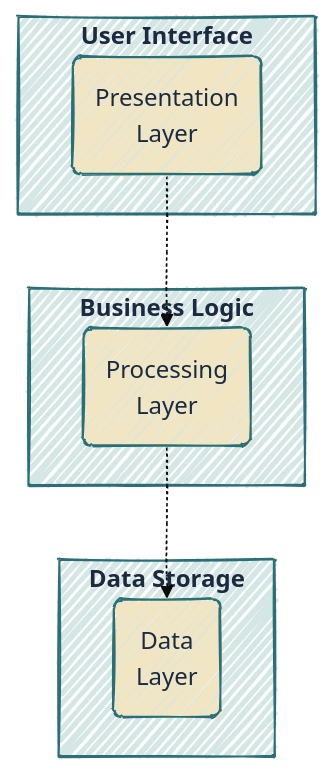
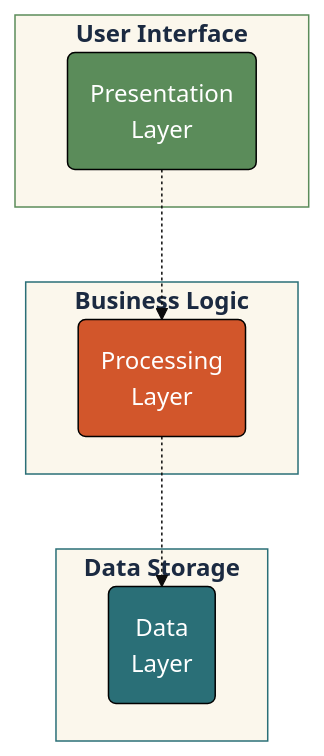
Before and after one commit to mjfrigaard/do4ds-labs: the first of 5 diagrams in lab02.qmd, drawn with Mermaid. The commit also changed other lines of this file and 48 other files, not shown here.

````diff
--- a/lab02.qmd
+++ b/lab02.qmd
@@ -57,26 +57,28 @@
 ```{mermaid}
-%%| fig-align: center
-%%{init: {'theme': 'base', 'look': 'handDrawn', 'themeVariables': {'fontFamily': 'monospace'}}}%%
+%%| fig-align: 'center'
+%%{init: {'theme': 'base', 'themeVariables': {'fontFamily': 'monospace'}}}%%
 flowchart TD
     Present("Presentation<br>Layer") -.-> Process("Processing<br>Layer")
     Process -.-> Data("Data<br>Layer")
     
     subgraph UI["<strong>User Interface</strong>"]
         Present
     end
     
     subgraph BL["<strong>Business Logic</strong>"]
         Process
     end
     
     subgraph DS["<strong>Data Storage</strong>"]
         Data
     end
     
     %% #b5c0c5 is a tint of #6b818c
-    classDef default fill:#F2E6C2,stroke:#2A6F77,color:#1B2A41
-    style UI fill:#d4e7e4,stroke:#2A6F77,color:#1B2A41
-    style BL fill:#d4e7e4,stroke:#2A6F77,color:#1B2A41
-    style DS fill:#d4e7e4,stroke:#2A6F77,color:#1B2A41
+    style Present fill:#5B8C5A,stroke:#000000,stroke-width:1px,color:#ffffff
+    style Process fill:#D2562B,stroke:#000000,stroke-width:1px,color:#ffffff
+    style Data fill:#2A6F77,stroke:#000000,stroke-width:1px,color:#ffffff
+    style UI fill:#fbf7ec,stroke:#5B8C5A,color:#1B2A41
+    style BL fill:#fbf7ec,stroke:#2A6F77,color:#1B2A41
+    style DS fill:#fbf7ec,stroke:#2A6F77,color:#1B2A41
     
 ```
````
